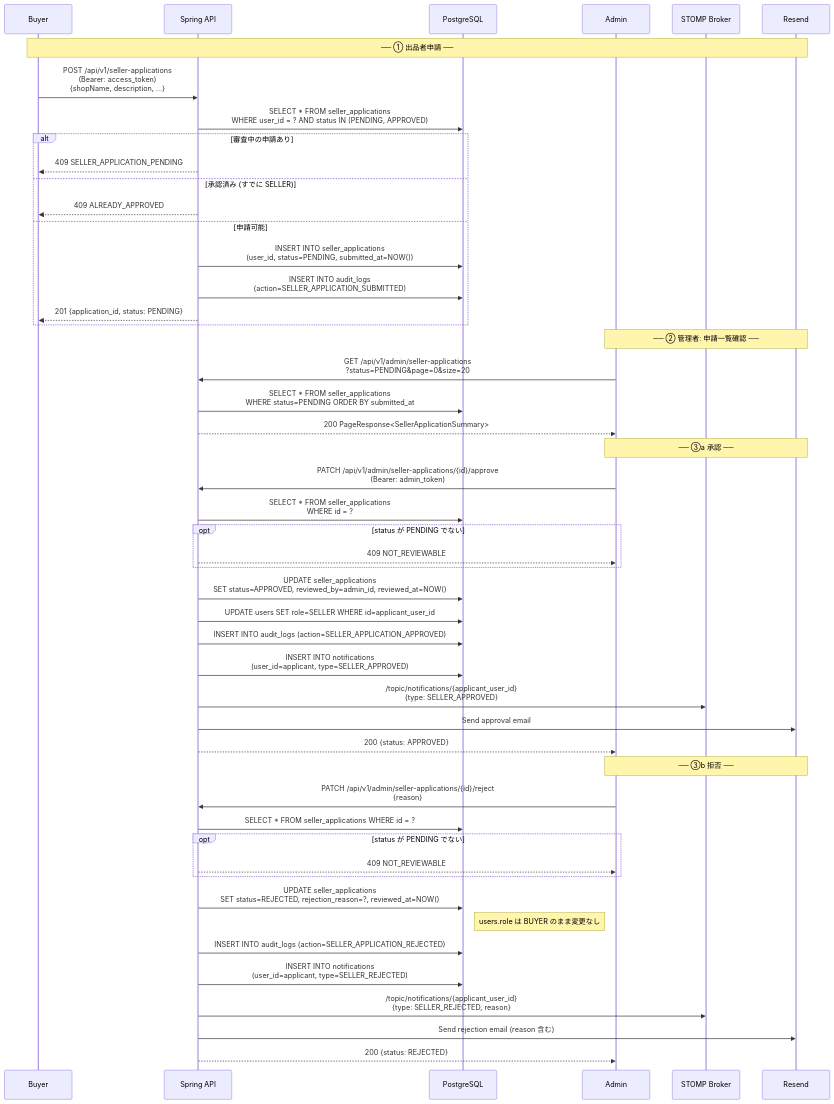
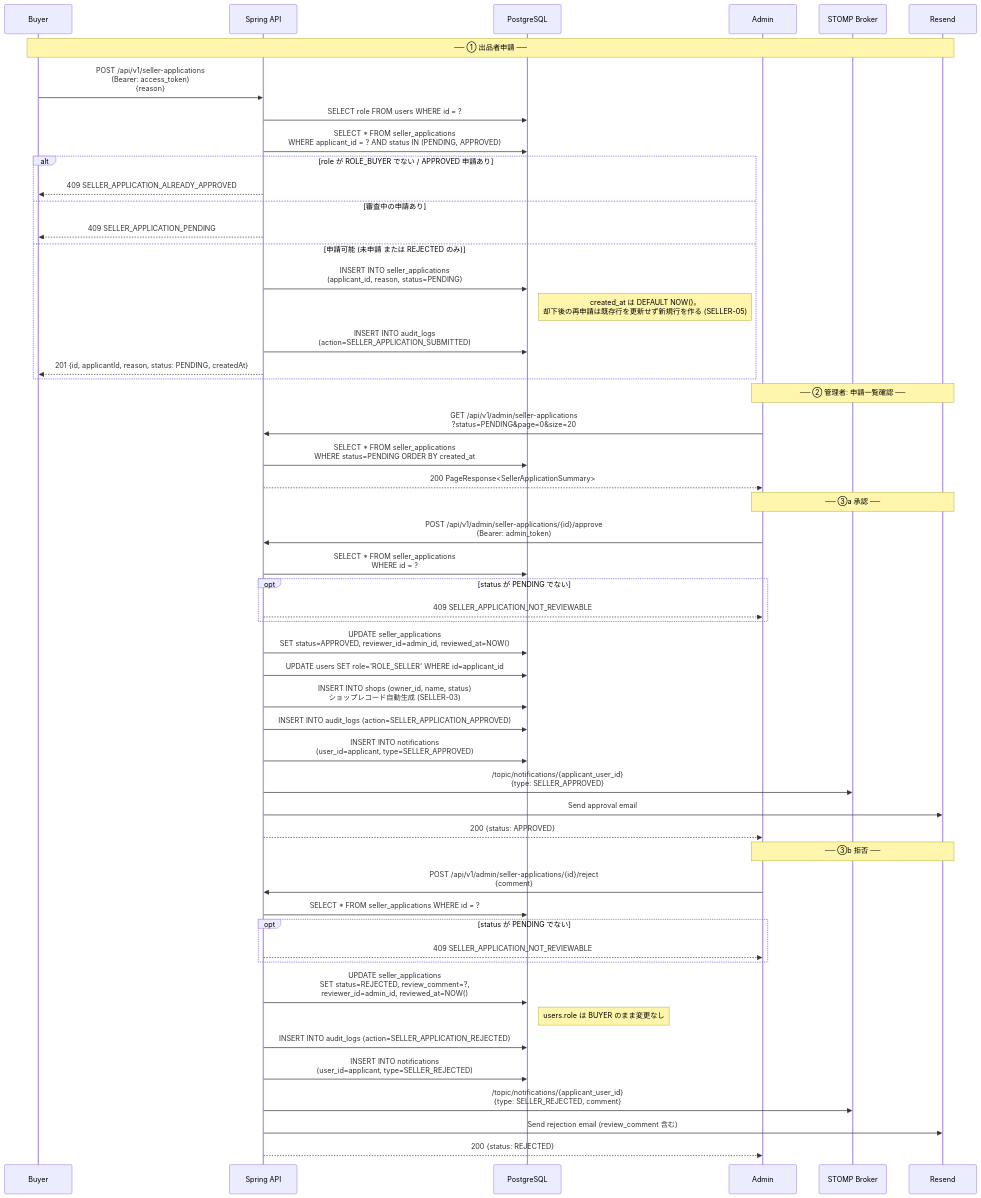
Before and after one commit to daobn99/kivio-project: the sixth of 20 diagrams in docs/design/SEQUENCE_FLOW.md, drawn with Mermaid. The commit also changed other lines of this file and 7 other files, not shown here.

````diff
--- a/docs/design/SEQUENCE_FLOW.md
+++ b/docs/design/SEQUENCE_FLOW.md
@@ -318,56 +320,59 @@
 ```mermaid
 sequenceDiagram
     participant B as Buyer
     participant S as Spring API
     participant DB as PostgreSQL
     participant A as Admin
     participant WS as STOMP Broker
     participant M as Resend
 
     Note over B,M: ── ① 出品者申請 ──
-    B->>S: POST /api/v1/seller-applications<br/>(Bearer: access_token)<br/>{shopName, description, ...}
-    S->>DB: SELECT * FROM seller_applications<br/>WHERE user_id = ? AND status IN (PENDING, APPROVED)
+    B->>S: POST /api/v1/seller-applications<br/>(Bearer: access_token)<br/>{reason}
+    S->>DB: SELECT role FROM users WHERE id = ?
+    S->>DB: SELECT * FROM seller_applications<br/>WHERE applicant_id = ? AND status IN (PENDING, APPROVED)
 
-    alt 審査中の申請あり
+    alt role が ROLE_BUYER でない / APPROVED 申請あり
+        S-->>B: 409 SELLER_APPLICATION_ALREADY_APPROVED
+    else 審査中の申請あり
         S-->>B: 409 SELLER_APPLICATION_PENDING
-    else 承認済み (すでに SELLER)
-        S-->>B: 409 ALREADY_APPROVED
-    else 申請可能
-        S->>DB: INSERT INTO seller_applications<br/>(user_id, status=PENDING, submitted_at=NOW())
+    else 申請可能 (未申請 または REJECTED のみ)
+        S->>DB: INSERT INTO seller_applications<br/>(applicant_id, reason, status=PENDING)
+        Note right of DB: created_at は DEFAULT NOW()。<br/>却下後の再申請は既存行を更新せず新規行を作る (SELLER-05)
         S->>DB: INSERT INTO audit_logs<br/>(action=SELLER_APPLICATION_SUBMITTED)
-        S-->>B: 201 {application_id, status: PENDING}
+        S-->>B: 201 {id, applicantId, reason, status: PENDING, createdAt}
     end
 
     Note over A,M: ── ② 管理者: 申請一覧確認 ──
     A->>S: GET /api/v1/admin/seller-applications<br/>?status=PENDING&page=0&size=20
-    S->>DB: SELECT * FROM seller_applications<br/>WHERE status=PENDING ORDER BY submitted_at
+    S->>DB: SELECT * FROM seller_applications<br/>WHERE status=PENDING ORDER BY created_at
     S-->>A: 200 PageResponse<SellerApplicationSummary>
 
     Note over A,M: ── ③a 承認 ──
-    A->>S: PATCH /api/v1/admin/seller-applications/{id}/approve<br/>(Bearer: admin_token)
+    A->>S: POST /api/v1/admin/seller-applications/{id}/approve<br/>(Bearer: admin_token)
     S->>DB: SELECT * FROM seller_applications<br/>WHERE id = ?
     opt status が PENDING でない
-        S-->>A: 409 NOT_REVIEWABLE
+        S-->>A: 409 SELLER_APPLICATION_NOT_REVIEWABLE
     end
-    S->>DB: UPDATE seller_applications<br/>SET status=APPROVED, reviewed_by=admin_id, reviewed_at=NOW()
-    S->>DB: UPDATE users SET role=SELLER WHERE id=applicant_user_id
+    S->>DB: UPDATE seller_applications<br/>SET status=APPROVED, reviewer_id=admin_id, reviewed_at=NOW()
+    S->>DB: UPDATE users SET role='ROLE_SELLER' WHERE id=applicant_id
+    S->>DB: INSERT INTO shops (owner_id, name, status)<br/>ショップレコード自動生成 (SELLER-03)
     S->>DB: INSERT INTO audit_logs (action=SELLER_APPLICATION_APPROVED)
     S->>DB: INSERT INTO notifications<br/>(user_id=applicant, type=SELLER_APPROVED)
     S->>WS: /topic/notifications/{applicant_user_id}<br/>{type: SELLER_APPROVED}
     S->>M: Send approval email
     S-->>A: 200 {status: APPROVED}
 
     Note over A,M: ── ③b 拒否 ──
-    A->>S: PATCH /api/v1/admin/seller-applications/{id}/reject<br/>{reason}
+    A->>S: POST /api/v1/admin/seller-applications/{id}/reject<br/>{comment}
     S->>DB: SELECT * FROM seller_applications WHERE id = ?
     opt status が PENDING でない
-        S-->>A: 409 NOT_REVIEWABLE
+        S-->>A: 409 SELLER_APPLICATION_NOT_REVIEWABLE
     end
-    S->>DB: UPDATE seller_applications<br/>SET status=REJECTED, rejection_reason=?, reviewed_at=NOW()
+    S->>DB: UPDATE seller_applications<br/>SET status=REJECTED, review_comment=?,<br/>reviewer_id=admin_id, reviewed_at=NOW()
     Note right of DB: users.role は BUYER のまま変更なし
     S->>DB: INSERT INTO audit_logs (action=SELLER_APPLICATION_REJECTED)
     S->>DB: INSERT INTO notifications<br/>(user_id=applicant, type=SELLER_REJECTED)
-    S->>WS: /topic/notifications/{applicant_user_id}<br/>{type: SELLER_REJECTED, reason}
-    S->>M: Send rejection email (reason 含む)
+    S->>WS: /topic/notifications/{applicant_user_id}<br/>{type: SELLER_REJECTED, comment}
+    S->>M: Send rejection email (review_comment 含む)
     S-->>A: 200 {status: REJECTED}
 ```
````
